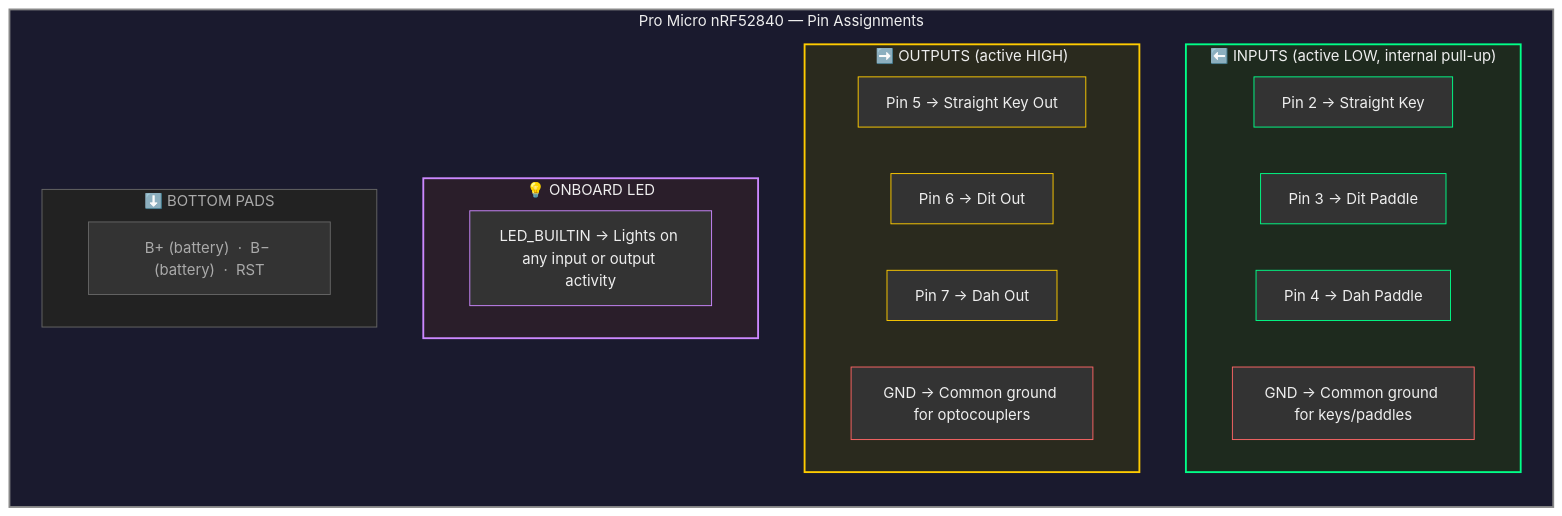
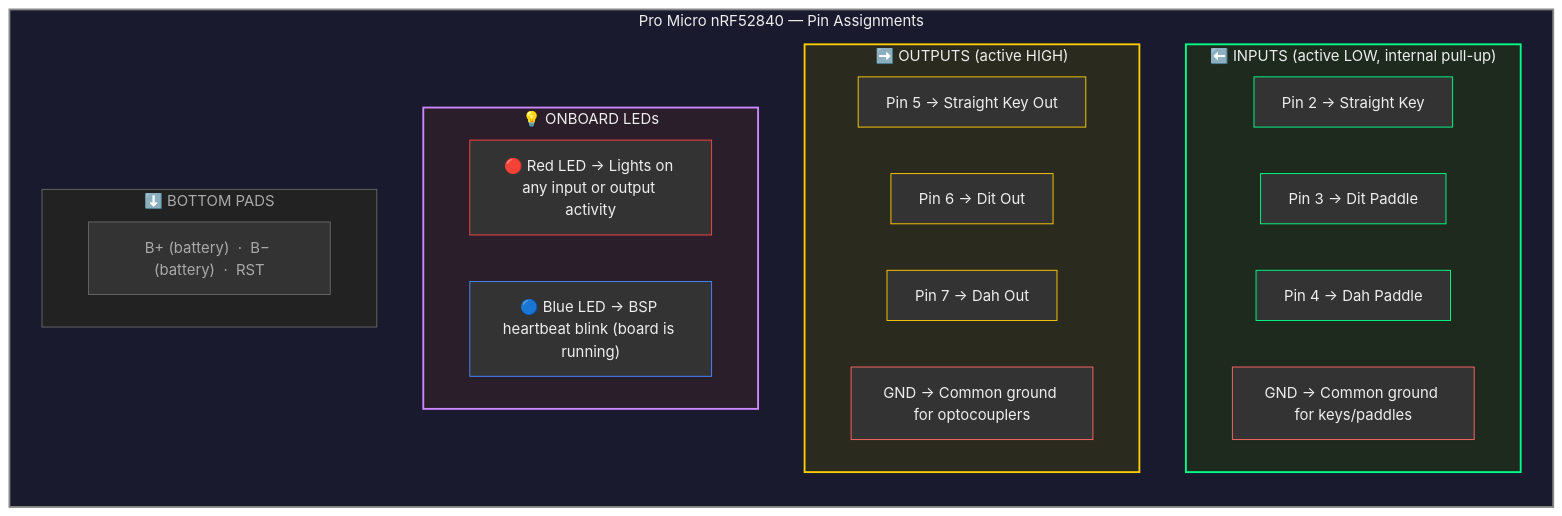
One commit to 5B4AON/mcs changed the diagram in arduino/diagrams/pin-overview-nrf52840.mmd. Above: the diagram before and after it, drawn with Mermaid (forest theme). The commit also changed 6 other files, not shown here.

```diff
--- a/arduino/diagrams/pin-overview-nrf52840.mmd
+++ b/arduino/diagrams/pin-overview-nrf52840.mmd
@@ -1,46 +1,48 @@
 %% Arduino Pro Micro (nRF52840) MIDI Interface — Pin Assignment Overview
 %% Copyright (c) 2026 5B4AON — Mike
 %% Licensed under the GNU General Public License v3.0.
 
 flowchart TB
     subgraph board["Pro Micro nRF52840 — Pin Assignments"]
         direction TB
 
         subgraph inputs["⬅️ INPUTS (active LOW, internal pull-up)"]
             P2["Pin 2 → Straight Key"]
             P3["Pin 3 → Dit Paddle"]
             P4["Pin 4 → Dah Paddle"]
             GND_IN["GND → Common ground for keys/paddles"]
         end
 
         subgraph outputs["➡️ OUTPUTS (active HIGH)"]
             P5["Pin 5 → Straight Key Out"]
             P6["Pin 6 → Dit Out"]
             P7["Pin 7 → Dah Out"]
             GND_OUT["GND → Common ground for optocouplers"]
         end
 
-        subgraph leds["💡 ONBOARD LED"]
-            LED["LED_BUILTIN → Lights on any input or output activity"]
+        subgraph leds["💡 ONBOARD LEDs"]
+            LED_R["🔴 Red LED → Lights on any input or output activity"]
+            LED_B["🔵 Blue LED → BSP heartbeat blink (board is running)"]
         end
 
         subgraph bottom["⬇️ BOTTOM PADS"]
             BP["B+ (battery)  ·  B− (battery)  ·  RST"]
         end
     end
 
     style board fill:#1a1a2e,stroke:#888,stroke-width:2px,color:#eee
     style inputs fill:#1e2a1e,stroke:#00ff88,stroke-width:2px,color:#eee
     style outputs fill:#2a2a1e,stroke:#ffcc00,stroke-width:2px,color:#eee
     style leds fill:#2a1e2a,stroke:#cc88ff,stroke-width:2px,color:#eee
     style bottom fill:#222,stroke:#666,stroke-width:1px,color:#aaa
     style P2 fill:#333,stroke:#00ff88,color:#eee
     style P3 fill:#333,stroke:#00ff88,color:#eee
     style P4 fill:#333,stroke:#00ff88,color:#eee
     style GND_IN fill:#333,stroke:#ff6666,color:#eee
     style P5 fill:#333,stroke:#ffcc00,color:#eee
     style P6 fill:#333,stroke:#ffcc00,color:#eee
     style P7 fill:#333,stroke:#ffcc00,color:#eee
     style GND_OUT fill:#333,stroke:#ff6666,color:#eee
-    style LED fill:#333,stroke:#cc88ff,color:#eee
+    style LED_R fill:#333,stroke:#ff4444,color:#eee
+    style LED_B fill:#333,stroke:#4488ff,color:#eee
     style BP fill:#333,stroke:#666,color:#aaa
```
